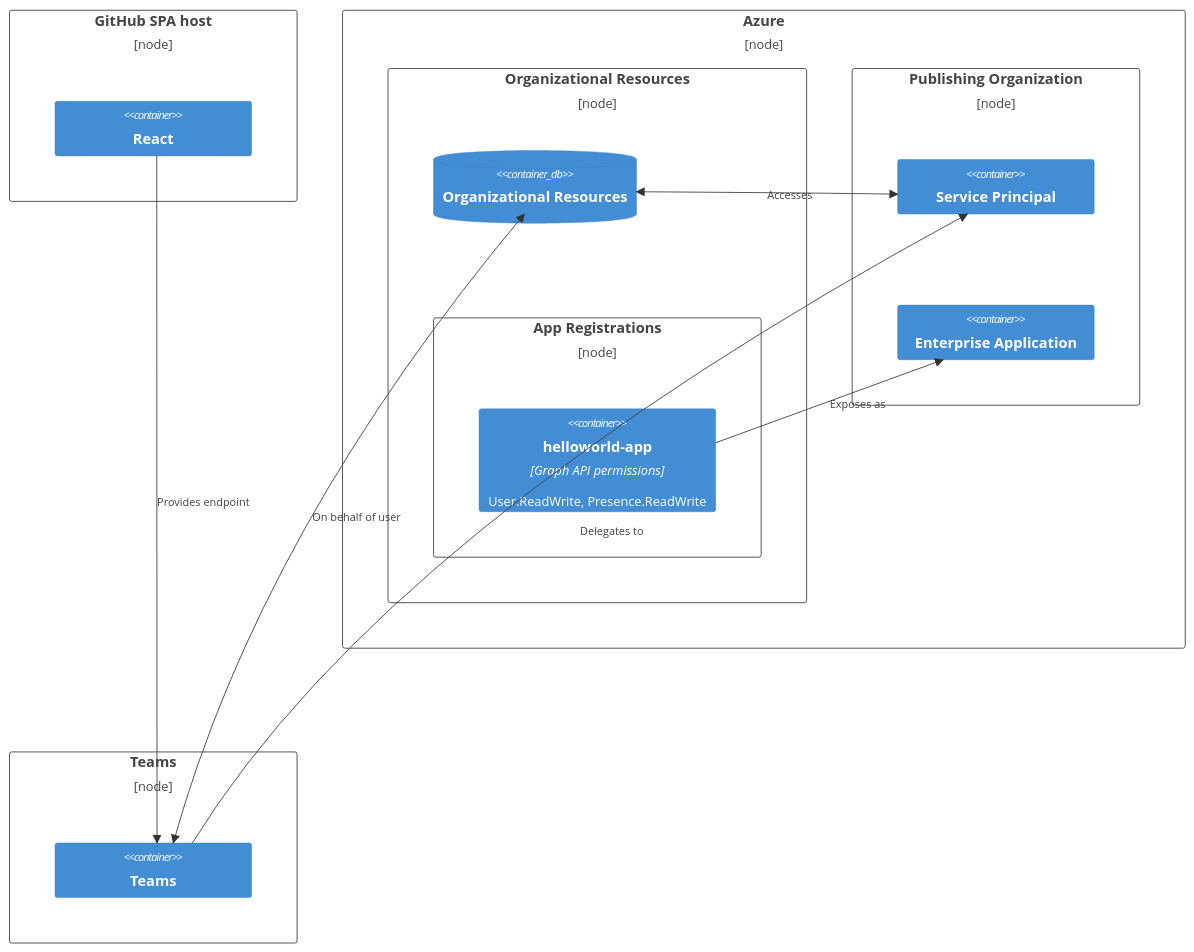
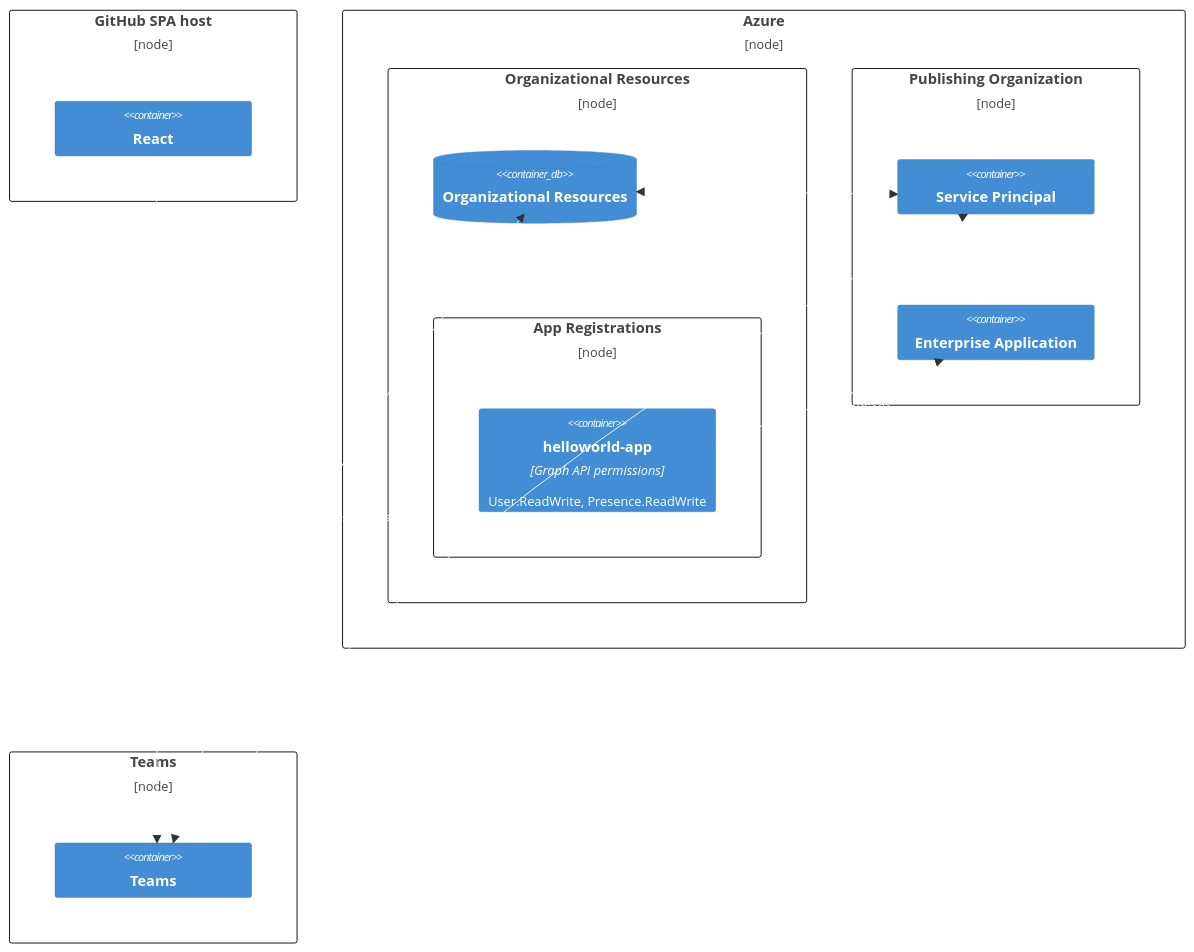
Before and after one commit to CynicDog/azure-entra-in-spa: the diagram in README.md, drawn with Mermaid.

````diff
--- a/README.md
+++ b/README.md
@@ -2,35 +2,47 @@
 ```mermaid
 C4Deployment
     title  
     
     Deployment_Node(github, "GitHub SPA host") {
         Container(React, "React", "", "")
     }
 
     Deployment_Node(azure, "Azure") {
         Deployment_Node(organizationalResources, "Organizational Resources") {
         ContainerDb(Organizational_Resources, "Organizational Resources", "")
         
         Deployment_Node(appRegistrations, "App Registrations") {
                 Container(helloworld_app, "helloworld-app", "Graph API permissions", "User.ReadWrite, Presence.ReadWrite")
             }
         }
 
         Deployment_Node(publishingOrganization, "Publishing Organization") {
             Container(Service_Principal, "Service Principal", "", "")
             Container(Enterprise_Application, "Enterprise Application", "", "")        
         }
     }
         
     Deployment_Node(teams, "Teams") {
         Container(Teams, "Teams", "", "")
     }
     
     Rel(helloworld_app, Enterprise_Application, "Exposes as")
+    Rel(Teams, Service_Principal, "Delegates to")
+    Rel(React, Teams, "Provides endpoint")
     BiRel(Service_Principal, Organizational_Resources, "Accesses")
-    Rel(Teams, Service_Principal, "Delegates to")
     BiRel(Teams, Organizational_Resources, "On behalf of user")
-    Rel(React, Teams, "Provides endpoint")
 
-    UpdateRelStyle(Teams, Organizational_Resources, $offsetY="-15", $offsetX="-40")
+    UpdateElementStyle(azure, $borderColor="black")
+    UpdateElementStyle(github, $borderColor="black")
+    UpdateElementStyle(teams, $borderColor="black")
+    UpdateElementStyle(organizationalResources, $borderColor="black")
+    UpdateElementStyle(appRegistrations, $borderColor="black")
+    UpdateElementStyle(publishingOrganization, $borderColor="black")
+    
+    UpdateRelStyle(helloworld_app, Enterprise_Application, $textColor="white", $lineColor="white", ,$offsetX="5")
+    UpdateRelStyle(Teams, Service_Principal, $textColor="white", $lineColor="white")
+    UpdateRelStyle(React, Teams, $textColor="white", $lineColor="white", $offsetY="-15", $offsetX="-40")
+    UpdateRelStyle(Service_Principal, Organizational_Resources, $textColor="white", $lineColor="white", $offsetY="-15", $offsetX="-40")
+    UpdateRelStyle(Teams, Organizational_Resources, $textColor="white", $lineColor="white", $offsetY="-15", $offsetX="-40")
+      
 ```
````
